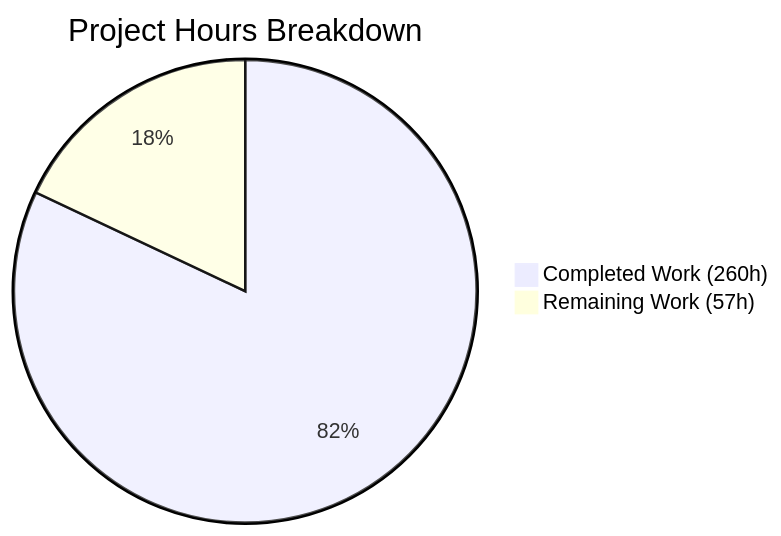
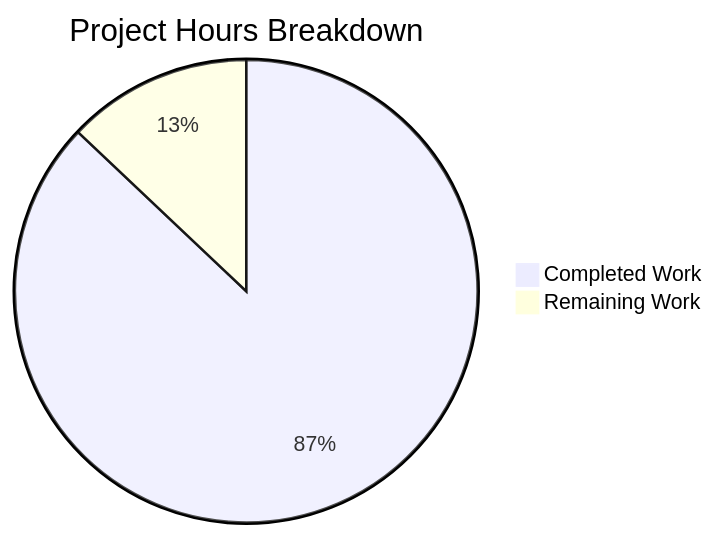
The second of 2 diagrams in blitzy/documentation/Project Guide.md (Blitzy-Sandbox/blitzy-wordpress), drawn with Mermaid before and after one commit. The commit also changed other lines of this file, not shown here.

Commit message:
Adding Blitzy Project Guide: Project Status and Human Tasks Remaining

````diff
--- a/blitzy/documentation/Project Guide.md
+++ b/blitzy/documentation/Project Guide.md
@@ -233,5 +224,5 @@
 ```mermaid
 pie title Project Hours Breakdown
-    "Completed Work (260h)" : 260
-    "Remaining Work (57h)" : 57
+    "Completed Work" : 296
+    "Remaining Work" : 44
 ```
````
